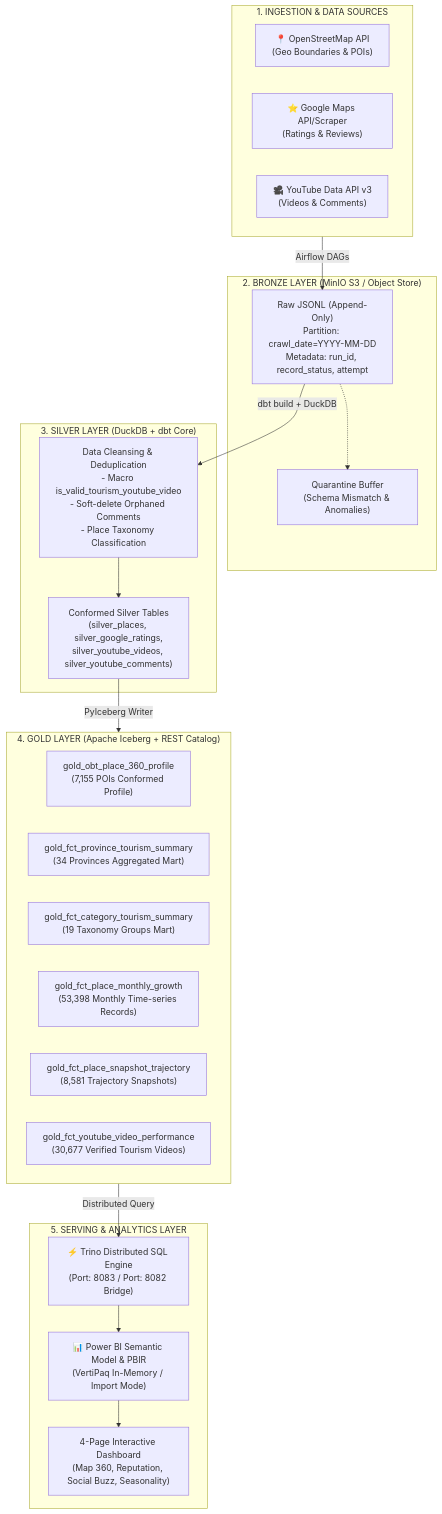
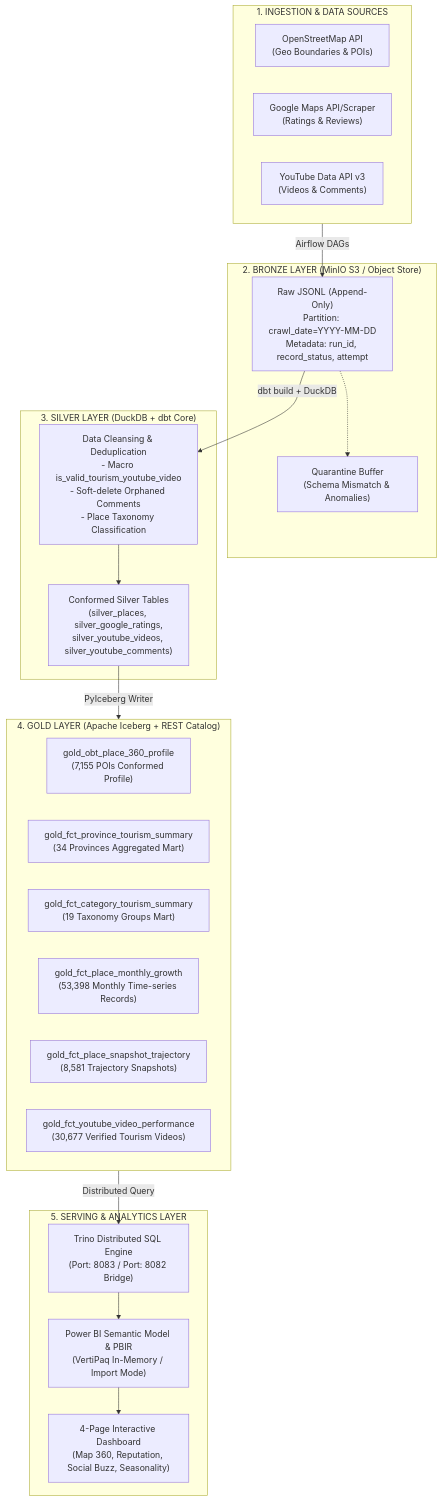
The first of 2 diagrams in README.md (hoangphuonglxag/vietnam-tourism-lakehouse), drawn with Mermaid before and after one commit. The commit also changed other lines of this file, not shown here.

````diff
--- a/README.md
+++ b/README.md
@@ -41,39 +41,39 @@
 ```mermaid
 flowchart TD
     subgraph S1["1. INGESTION & DATA SOURCES"]
-        OSM["📍 OpenStreetMap API<br/>(Geo Boundaries & POIs)"]
-        GMR["⭐ Google Maps API/Scraper<br/>(Ratings & Reviews)"]
-        YT["🎥 YouTube Data API v3<br/>(Videos & Comments)"]
+        OSM["OpenStreetMap API<br/>(Geo Boundaries & POIs)"]
+        GMR["Google Maps API/Scraper<br/>(Ratings & Reviews)"]
+        YT["YouTube Data API v3<br/>(Videos & Comments)"]
     end
 
     subgraph S2["2. BRONZE LAYER (MinIO S3 / Object Store)"]
         B_RAW["Raw JSONL (Append-Only)<br/>Partition: crawl_date=YYYY-MM-DD<br/>Metadata: run_id, record_status, attempt"]
         B_QUAR["Quarantine Buffer<br/>(Schema Mismatch & Anomalies)"]
     end
 
     subgraph S3["3. SILVER LAYER (DuckDB + dbt Core)"]
         S_CLEAN["Data Cleansing & Deduplication<br/>- Macro is_valid_tourism_youtube_video<br/>- Soft-delete Orphaned Comments<br/>- Place Taxonomy Classification"]
         S_CONF["Conformed Silver Tables<br/>(silver_places, silver_google_ratings,<br/>silver_youtube_videos, silver_youtube_comments)"]
     end
 
     subgraph S4["4. GOLD LAYER (Apache Iceberg + REST Catalog)"]
         G_OBT["gold_obt_place_360_profile<br/>(7,155 POIs Conformed Profile)"]
         G_PROV["gold_fct_province_tourism_summary<br/>(34 Provinces Aggregated Mart)"]
         G_CAT["gold_fct_category_tourism_summary<br/>(19 Taxonomy Groups Mart)"]
         G_GROWTH["gold_fct_place_monthly_growth<br/>(53,398 Monthly Time-series Records)"]
         G_TRAJ["gold_fct_place_snapshot_trajectory<br/>(8,581 Trajectory Snapshots)"]
         G_YT["gold_fct_youtube_video_performance<br/>(30,677 Verified Tourism Videos)"]
     end
 
     subgraph S5["5. SERVING & ANALYTICS LAYER"]
-        TRINO["⚡ Trino Distributed SQL Engine<br/>(Port: 8083 / Port: 8082 Bridge)"]
-        PBI["📊 Power BI Semantic Model & PBIR<br/>(VertiPaq In-Memory / Import Mode)"]
+        TRINO["Trino Distributed SQL Engine<br/>(Port: 8083 / Port: 8082 Bridge)"]
+        PBI["Power BI Semantic Model & PBIR<br/>(VertiPaq In-Memory / Import Mode)"]
         DASH["4-Page Interactive Dashboard<br/>(Map 360, Reputation, Social Buzz, Seasonality)"]
     end
 
     S1 -->|Airflow DAGs| B_RAW
     B_RAW -.-> B_QUAR
     B_RAW -->|dbt build + DuckDB| S_CLEAN --> S_CONF
     S_CONF -->|PyIceberg Writer| S4
     S4 -->|Distributed Query| TRINO --> PBI --> DASH
 ```
````
